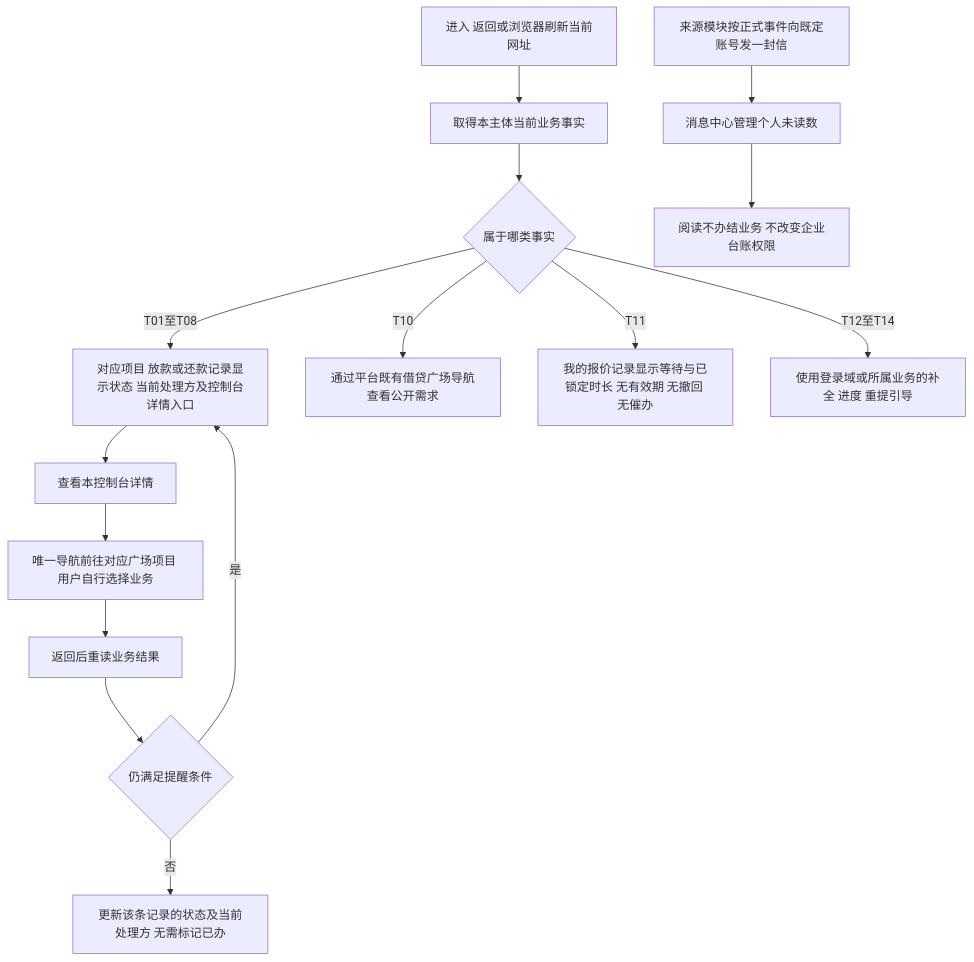
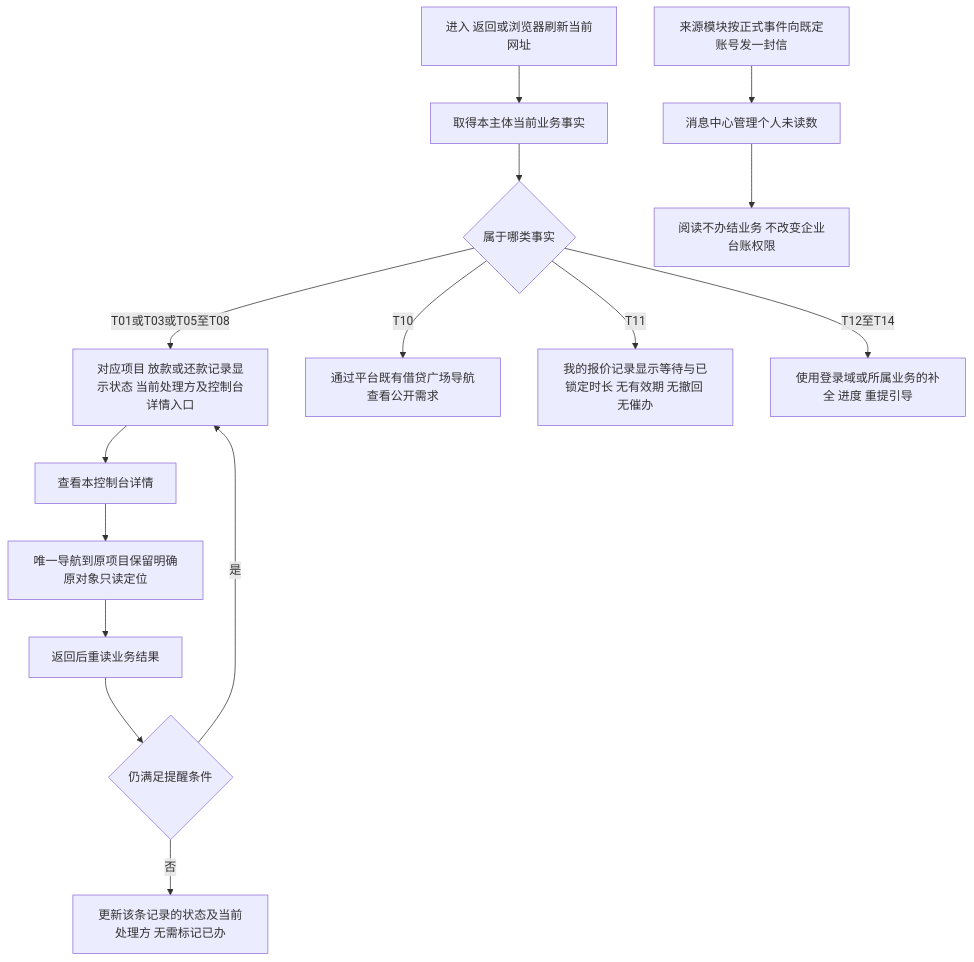
One commit to wxblockchain/Chain-Financing changed the third of 11 diagrams in lending-platform/PRD/面客端/09-我的控制台/02-我的控制台-流程图与状态机.md. Above: the diagram before and after it, drawn with Mermaid. The commit also changed other lines of this file and 11 other files, not shown here.

````diff
--- a/lending-platform/PRD/面客端/09-我的控制台/02-我的控制台-流程图与状态机.md
+++ b/lending-platform/PRD/面客端/09-我的控制台/02-我的控制台-流程图与状态机.md
@@ -85,17 +87,17 @@
 ```mermaid
 flowchart TD
   A[进入 返回或浏览器刷新当前网址] --> B[取得本主体当前业务事实]
   B --> C{属于哪类事实}
-  C -- T01至T08 --> D[对应项目 放款或还款记录显示状态 当前处理方及控制台详情入口]
+  C -- T01或T03或T05至T08 --> D[对应项目 放款或还款记录显示状态 当前处理方及控制台详情入口]
   C -- T10 --> E[通过平台既有借贷广场导航查看公开需求]
   C -- T11 --> F[我的报价记录显示等待与已锁定时长 无有效期 无撤回 无催办]
   C -- T12至T14 --> G[使用登录域或所属业务的补全 进度 重提引导]
   D --> V[查看本控制台详情]
-  V --> H[唯一导航前往对应广场项目 用户自行选择业务]
+  V --> H[唯一导航到原项目保留明确原对象只读定位]
   H --> I[返回后重读业务结果]
   I --> J{仍满足提醒条件}
   J -- 是 --> D
   J -- 否 --> K[更新该条记录的状态及当前处理方 无需标记已办]
   L[来源模块按正式事件向既定账号发一封信] --> M[消息中心管理个人未读数]
   M --> N[阅读不办结业务 不改变企业台账权限]
 ```
````
